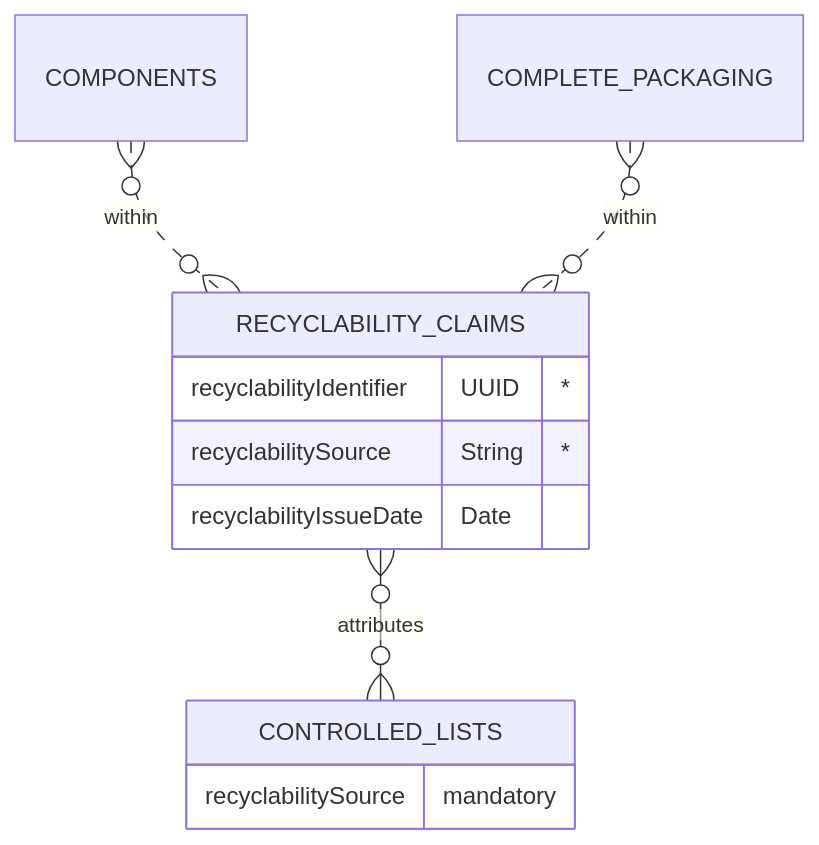
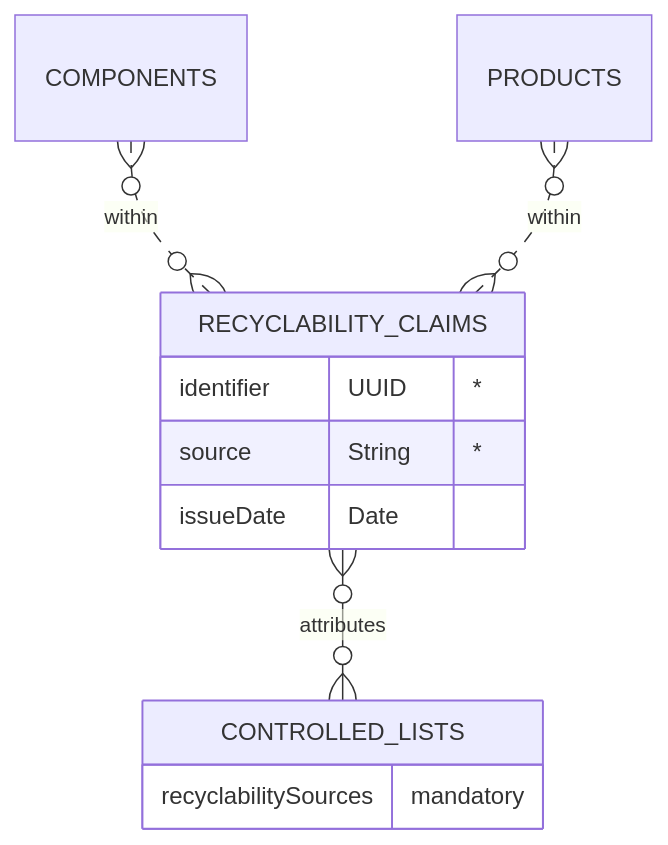
Before and after one commit to OpenDataManchester/OSTFD: the diagram in docs/relationship-lists/recyclability-claims.md, drawn with Mermaid. The commit also changed other lines of this file and 46 other files, not shown here.

````diff
--- a/docs/relationship-lists/recyclability-claims.md
+++ b/docs/relationship-lists/recyclability-claims.md
@@ -22,15 +22,15 @@
 ``` mermaid
 erDiagram
 
   COMPONENTS }o..o{ RECYCLABILITY_CLAIMS : within
-  COMPLETE_PACKAGING }o..o{ RECYCLABILITY_CLAIMS : within
+  PRODUCTS }o..o{ RECYCLABILITY_CLAIMS : within
   RECYCLABILITY_CLAIMS {
-    recyclabilityIdentifier UUID "*"
-    recyclabilitySource String "*"
-    recyclabilityIssueDate Date
+    identifier UUID "*"
+    source String "*"
+    issueDate Date
   }
   RECYCLABILITY_CLAIMS }o--o{ CONTROLLED_LISTS : attributes
   CONTROLLED_LISTS {
-    recyclabilitySource mandatory 
+    recyclabilitySources mandatory 
   }
 ```
````
